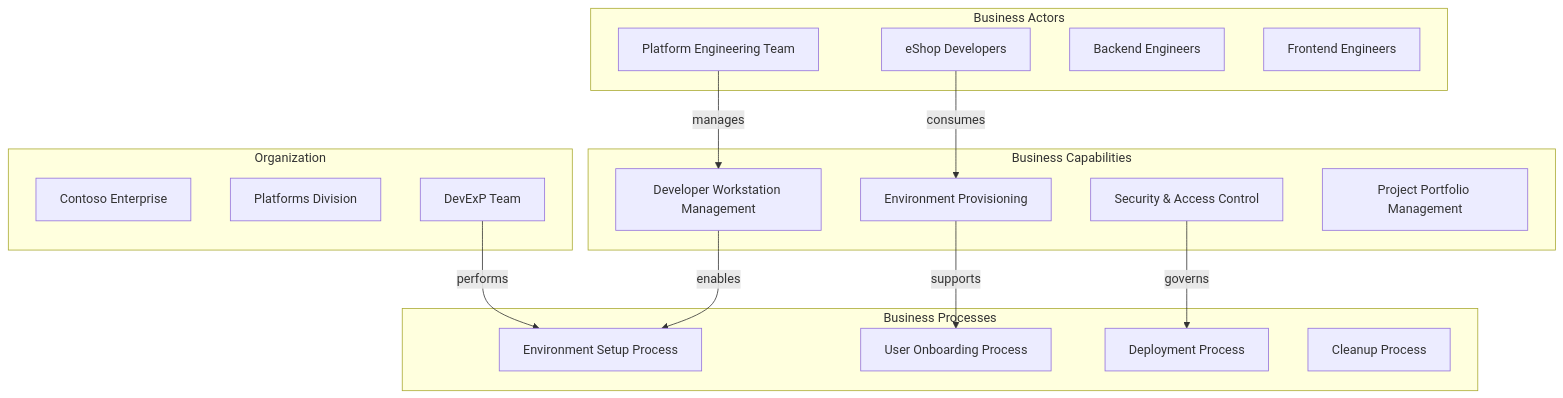
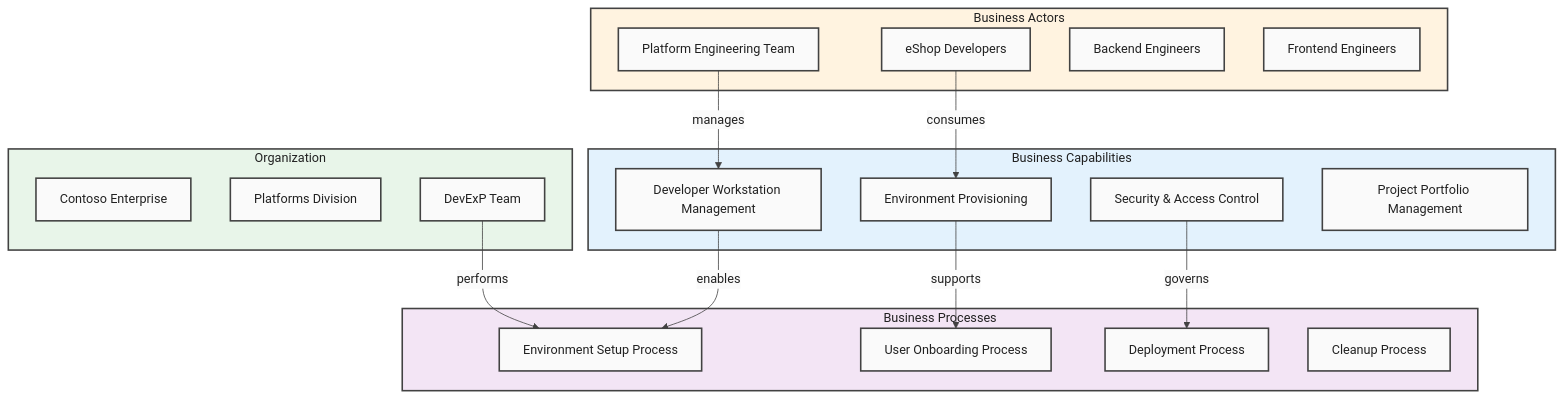
One commit to Evilazaro/DevExp-DevBox changed the first of 11 diagrams in docs/architecture/Business.md. Above: the diagram before and after it, drawn with Mermaid. The commit also changed other lines of this file, not shown here.

Commit message:
docs: enhance Business Architecture diagrams with improved structure and styling

````diff
--- a/docs/architecture/Business.md
+++ b/docs/architecture/Business.md
@@ -33,32 +33,49 @@
 ```mermaid
-graph TB
-    subgraph "Business Capabilities"
+%%{init: {'theme': 'base', 'themeVariables': { 'primaryColor': '#FAFAFA', 'primaryBorderColor': '#424242', 'primaryTextColor': '#212121', 'lineColor': '#424242'}}}%%
+flowchart TB
+    %% Style Definitions
+    classDef default fill:#FAFAFA,stroke:#424242,stroke-width:2px,color:#212121
+    classDef level1 fill:#E3F2FD,stroke:#424242,stroke-width:2px,color:#212121
+    classDef level2 fill:#F3E5F5,stroke:#424242,stroke-width:2px,color:#212121
+    classDef level3 fill:#E8F5E9,stroke:#424242,stroke-width:2px,color:#212121
+    classDef accent fill:#FFF3E0,stroke:#424242,stroke-width:2px,color:#212121
+
+    subgraph BC["Business Capabilities"]
         BC1["Developer Workstation Management"]
         BC2["Environment Provisioning"]
         BC3["Security & Access Control"]
         BC4["Project Portfolio Management"]
     end
-    subgraph "Business Processes"
+
+    subgraph BP["Business Processes"]
         BP1["Environment Setup Process"]
         BP2["User Onboarding Process"]
         BP3["Deployment Process"]
         BP4["Cleanup Process"]
     end
-    subgraph "Organization"
+
+    subgraph ORG["Organization"]
         ORG1["Contoso Enterprise"]
         ORG2["Platforms Division"]
         ORG3["DevExP Team"]
     end
-    subgraph "Business Actors"
+
+    subgraph ACT["Business Actors"]
         ACT1["Platform Engineering Team"]
         ACT2["eShop Developers"]
         ACT3["Backend Engineers"]
         ACT4["Frontend Engineers"]
     end
+
     BC1 -->|"enables"| BP1
     BC2 -->|"supports"| BP2
     BC3 -->|"governs"| BP3
     ORG3 -->|"performs"| BP1
     ACT1 -->|"manages"| BC1
     ACT2 -->|"consumes"| BC2
+
+    class BC level1
+    class BP level2
+    class ORG level3
+    class ACT accent
 ```
````
